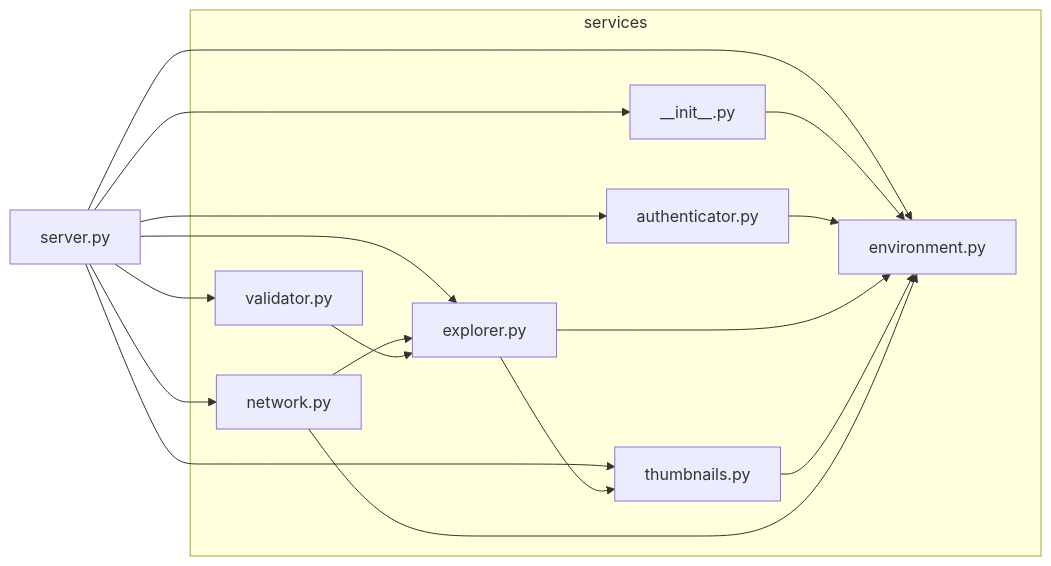
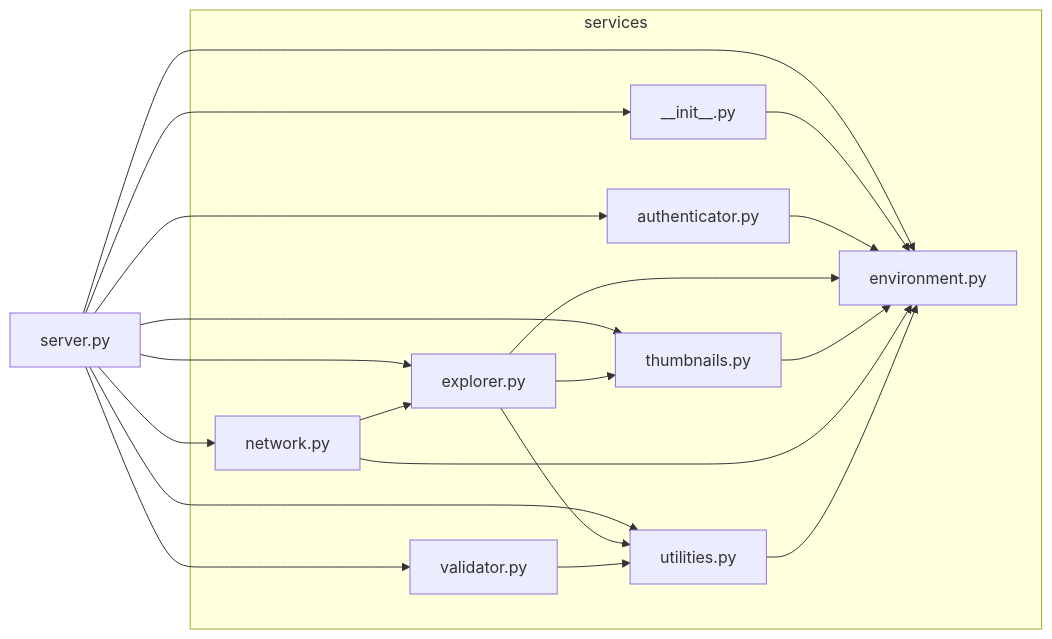
One commit to akshay-nile/file-server-http changed the first of 2 diagrams in README.md. Above: the diagram before and after it, drawn with Mermaid. The commit also changed 12 other files, not shown here.

````diff
--- a/README.md
+++ b/README.md
@@ -29,36 +29,41 @@
 ```mermaid
 graph LR
     server[server.py]
 
     subgraph services
         init[#95;#95;init#95;#95;.py]
         explorer[explorer.py]
         authenticator[authenticator.py]
         validator[validator.py]
         network[network.py]
         environment[environment.py]
         thumbnails[thumbnails.py]
+        utilities[utilities.py]
     end
 
     server --> init
     server --> explorer
     server --> authenticator
     server --> thumbnails
     server --> environment
     server --> network
     server --> validator
+    server --> utilities
 
     init --> environment
 
     authenticator --> environment
 
     explorer --> environment
     explorer --> thumbnails
+    explorer --> utilities
 
     thumbnails --> environment
 
     network --> environment
     network --> explorer
 
-    validator --> explorer
+    validator --> utilities
+
+    utilities --> environment
 ```
````
